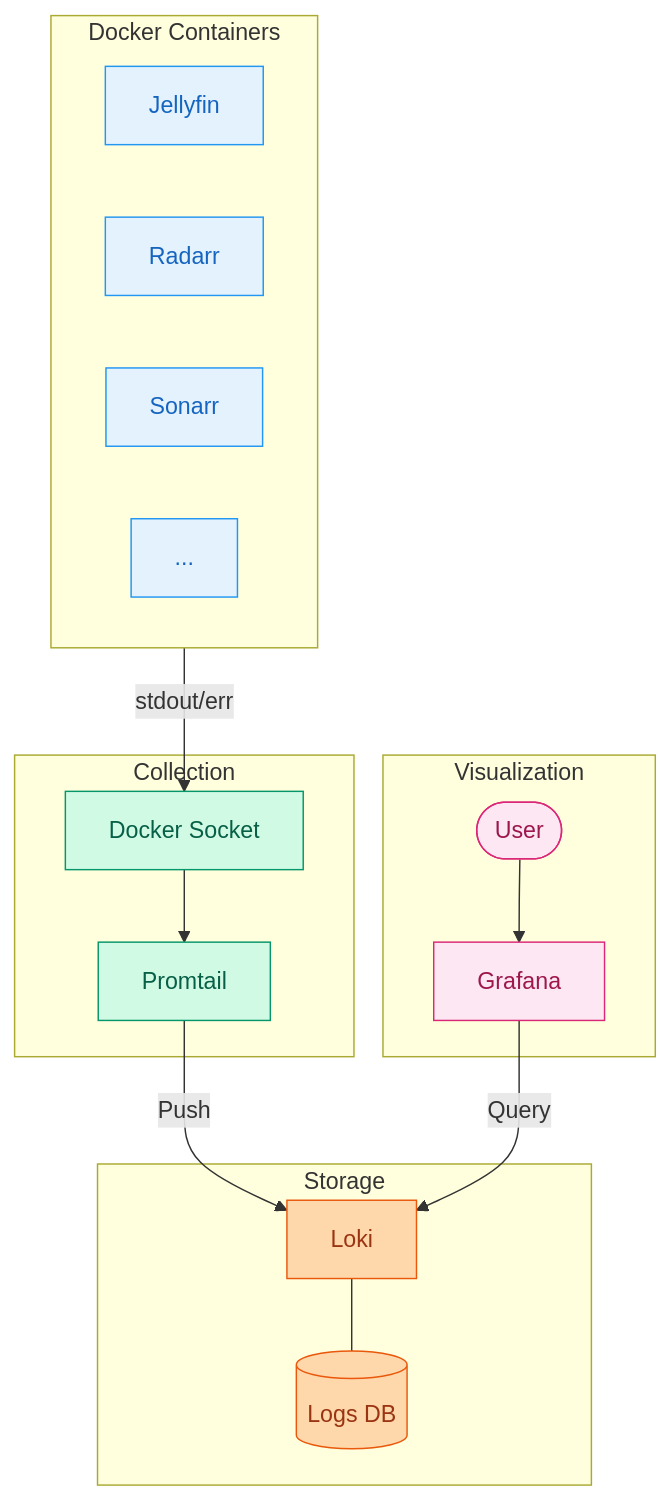
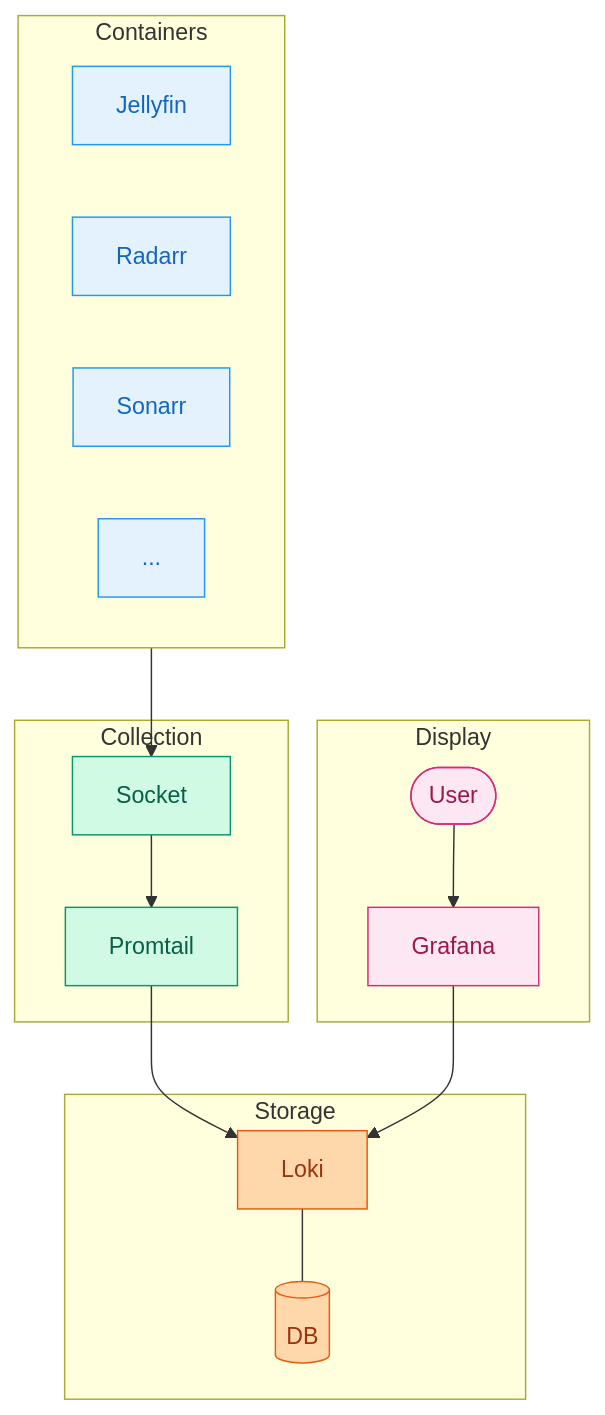
Before and after one commit to Mykyta-Home-Server/homeserver: the first of 3 diagrams in docs-site/src/content/docs/guides/monitoring.mdx, drawn with Mermaid. The commit also changed other lines of this file and 2 other files, not shown here.

First line of the commit message:
Fix diagram labels: remove cutoff text, use short clear labels

````diff
--- a/docs-site/src/content/docs/guides/monitoring.mdx
+++ b/docs-site/src/content/docs/guides/monitoring.mdx
@@ -12,41 +12,41 @@
 ```mermaid
 flowchart TB
-    subgraph containers[Docker Containers]
+    subgraph containers[Containers]
         C1[Jellyfin]
         C2[Radarr]
         C3[Sonarr]
         C4[...]
     end
 
     subgraph collection[Collection]
-        Socket[Docker Socket]
+        Socket[Socket]
         Promtail[Promtail]
     end
 
     subgraph storage[Storage]
         Loki[Loki]
-        Data[(Logs DB)]
+        Data[(DB)]
     end
 
-    subgraph viz[Visualization]
+    subgraph viz[Display]
         Grafana[Grafana]
         User([User])
     end
 
-    containers -->|stdout/err| Socket
+    containers --> Socket
     Socket --> Promtail
-    Promtail -->|Push| Loki
+    Promtail --> Loki
     Loki --- Data
     User --> Grafana
-    Grafana -->|Query| Loki
+    Grafana --> Loki
 
     classDef containerStyle fill:#e3f2fd,stroke:#2196f3,color:#1565c0
     classDef collectionStyle fill:#d1fae5,stroke:#059669,color:#065f46
     classDef storageStyle fill:#fed7aa,stroke:#ea580c,color:#9a3412
     classDef vizStyle fill:#fce7f3,stroke:#db2777,color:#9d174d
 
     class C1,C2,C3,C4 containerStyle
     class Socket,Promtail collectionStyle
     class Loki,Data storageStyle
     class Grafana,User vizStyle
 ```
````
